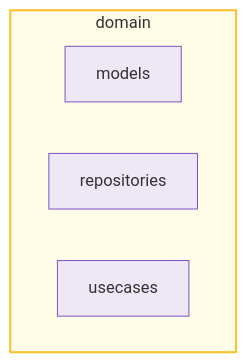
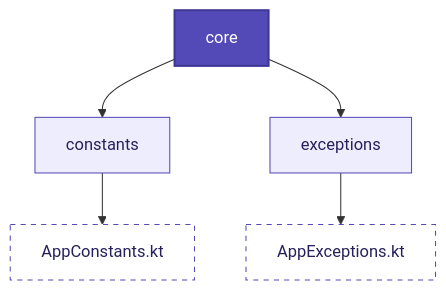
The fifth of 9 diagrams in README.md (ManuelPavonBuendia/AppEntradas), drawn with Mermaid before and after one commit. The commit also changed other lines of this file, not shown here.

First line of the commit message:
README for Eventum app details and features

````diff
--- a/README.md
+++ b/README.md
@@ -65,14 +154,12 @@
 ```mermaid
-graph LR
-    subgraph domain [domain]
-        direction LR
-        models[models]
-        repositories[repositories]
-        usecases[usecases]
-    end
-
-    style domain fill:#fffde7,stroke:#fbc02d,stroke-width:2px
-    style models fill:#ede7f6,stroke:#7e57c2
-    style repositories fill:#ede7f6,stroke:#7e57c2
-    style usecases fill:#ede7f6,stroke:#7e57c2
+graph TD
+     core[core]:::layerStyle
+     core --> c1[constants]
+     core --> c2[exceptions]
+     c1 --> c3[AppConstants.kt]:::folderStyle
+     c2 --> c4[AppExceptions.kt]:::folderStyle
+     
+    classDef layerStyle fill:#534AB7,color:#fff,stroke:#3F3795,stroke-width:2px
+    classDef folderStyle fill:white,color:#26215C,stroke:#534AB7,stroke-dasharray: 5 5
+    classDef default fill:#EEEDFE,color:#26215C,stroke:#534AB7
 ```
````
